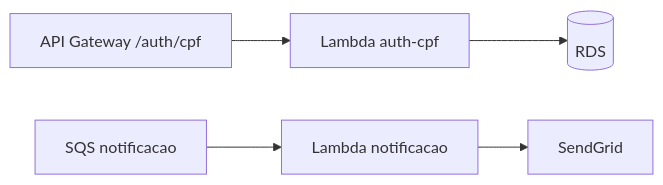
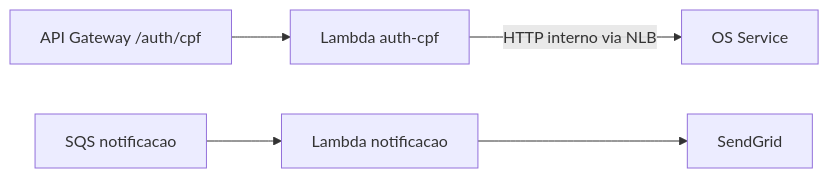
One commit to 7feeh7/tech-challenge-serverless changed the diagram in README.md. Above: the diagram before and after it, drawn with Mermaid. The commit also changed other lines of this file and 16 other files, not shown here.

First line of the commit message:
feat(auth-cpf): consulta cliente por HTTP ao OS e assina token RS256

````diff
--- a/README.md
+++ b/README.md
@@ -30,7 +29,7 @@
 ```mermaid
 flowchart LR
     GW[API Gateway /auth/cpf] --> AUTH[Lambda auth-cpf]
     SQS[SQS notificacao] --> NOTIF[Lambda notificacao]
-    AUTH --> RDS[(RDS)]
+    AUTH -->|HTTP interno via NLB| OS[OS Service]
     NOTIF --> SG[SendGrid]
 ```
````
